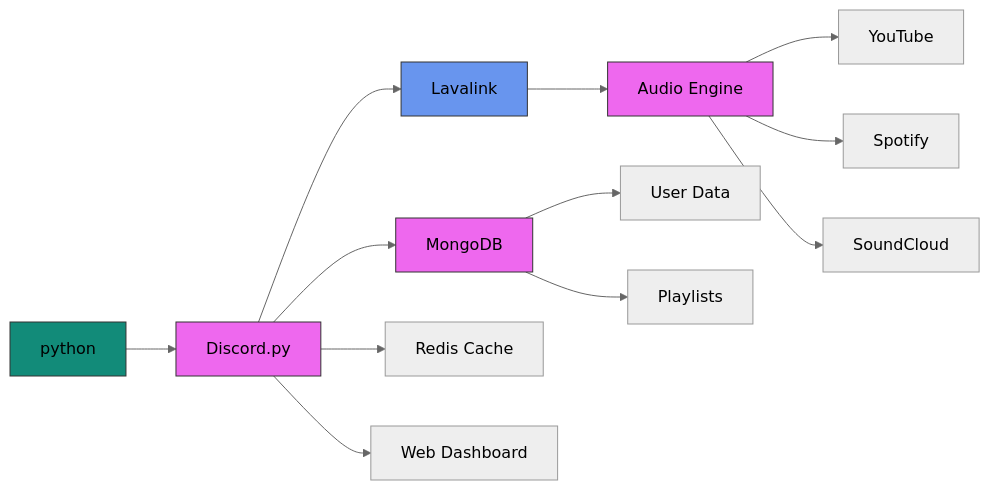
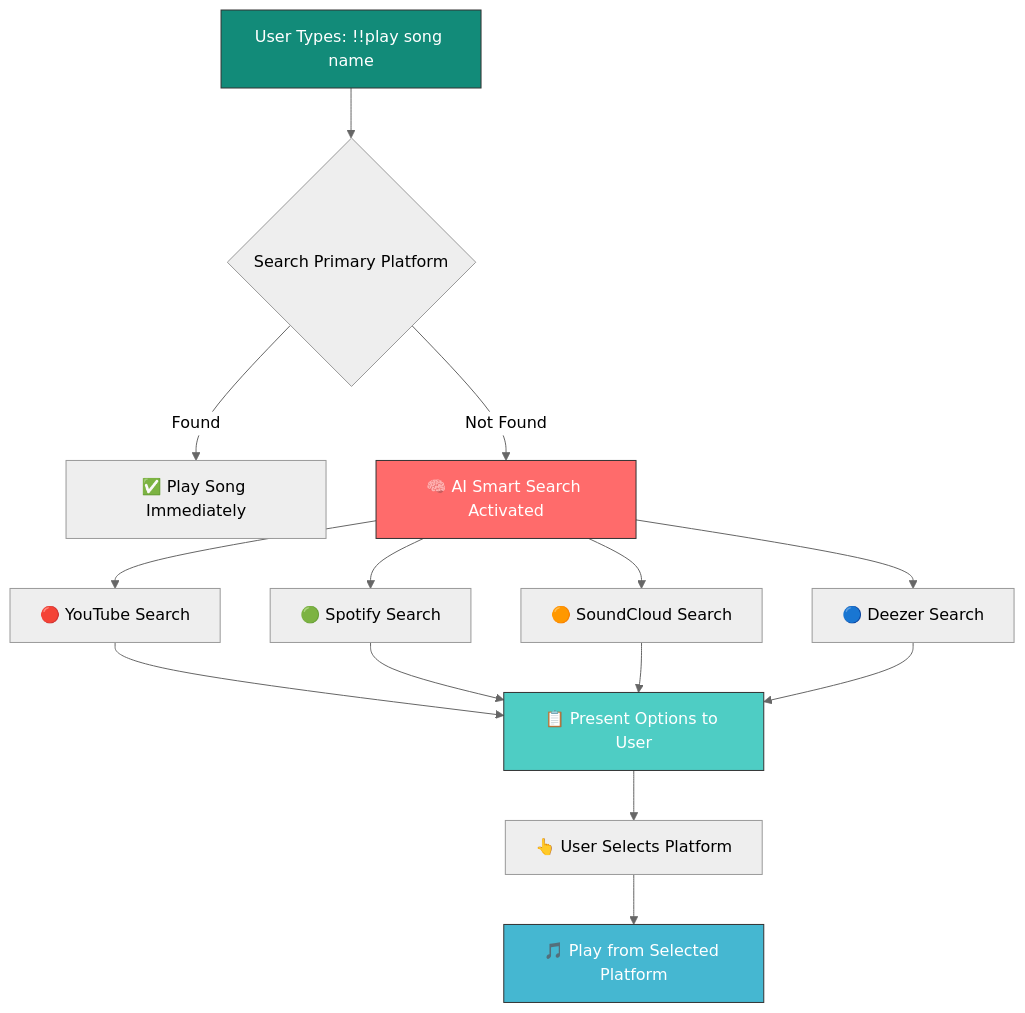
Before and after one commit to NICK-FURY-6023/GALAXY-RELEASE: the second of 3 diagrams in README.md, drawn with Mermaid (neutral theme). The commit also changed other lines of this file, not shown here.

````diff
--- a/README.md
+++ b/README.md
@@ -56,23 +133,21 @@
-  ```mermaid
-  graph LR
-    A[python] --> B[Discord.py]
-    B --> C[Lavalink]
-    C --> D[Audio Engine]
-    D --> E[YouTube]
-    D --> F[Spotify]
-    D --> G[SoundCloud]
-    B --> H[MongoDB]
-    H --> I[User Data]
-    H --> J[Playlists]
-    B --> K[Redis Cache]
-    B --> L[Web Dashboard]
-    style A fill:#128B79,stroke:#333
-    style B fill:#EE6868,stroke:#333
-    style C fill:#6895EE,stroke:#333
-    style D fill:#EE68EE,stroke:#333
-    style B fill:#032E45,stroke:#333
-    style H fill:#47648F,stroke:#333
-    style H fill:#EE68EE,stroke:#333
-    style B fill:#47648F,stroke:#333
-    style B fill:#EE68EE,stroke:#333
-  ```
+```mermaid
+graph TD
+    A[User Types: !!play song name] --> B{Search Primary Platform}
+    B -->|Found| C[✅ Play Song Immediately]
+    B -->|Not Found| D[🧠 AI Smart Search Activated]
+    D --> E[🔴 YouTube Search]
+    D --> F[🟢 Spotify Search] 
+    D --> G[🟠 SoundCloud Search]
+    D --> H[🔵 Deezer Search]
+    E --> I[📋 Present Options to User]
+    F --> I
+    G --> I
+    H --> I
+    I --> J[👆 User Selects Platform]
+    J --> K[🎵 Play from Selected Platform]
+    
+    style A fill:#128B79,stroke:#333,color:#fff
+    style D fill:#FF6B6B,stroke:#333,color:#fff
+    style I fill:#4ECDC4,stroke:#333,color:#fff
+    style K fill:#45B7D1,stroke:#333,color:#fff
+```
````
